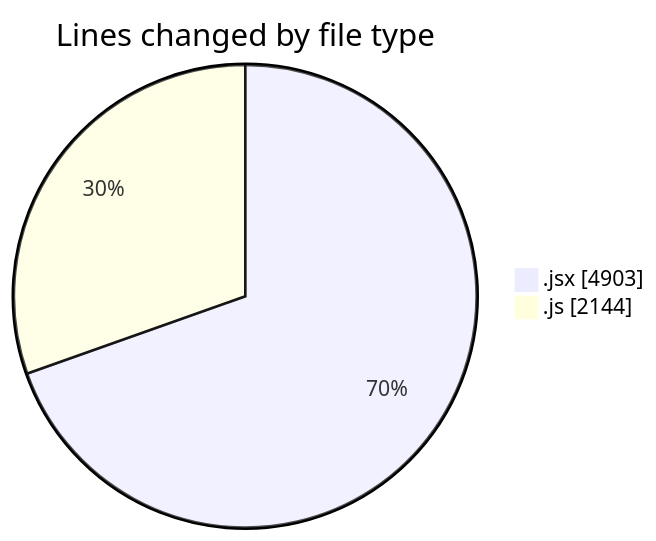
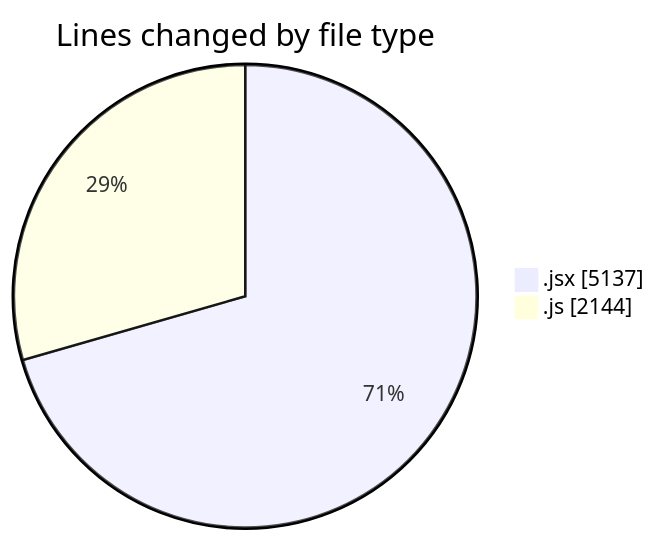
The first of 2 diagrams in 2025-09-28/nxtqube_webapp/README.md (nxtqubesakshisongat/code-tracking), drawn with Mermaid before and after one commit. The commit also changed other lines of this file and 1 other file, not shown here.

````diff
--- a/2025-09-28/nxtqube_webapp/README.md
+++ b/2025-09-28/nxtqube_webapp/README.md
@@ -23,6 +23,6 @@
 ```mermaid
 pie showData
 title Lines changed by file type
-".jsx" : 4903
+".jsx" : 5137
 ".js" : 2144
 ```
````
